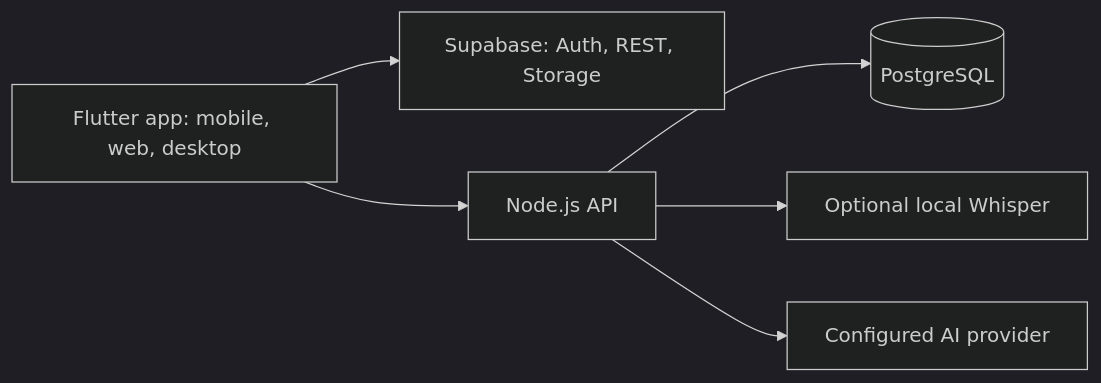
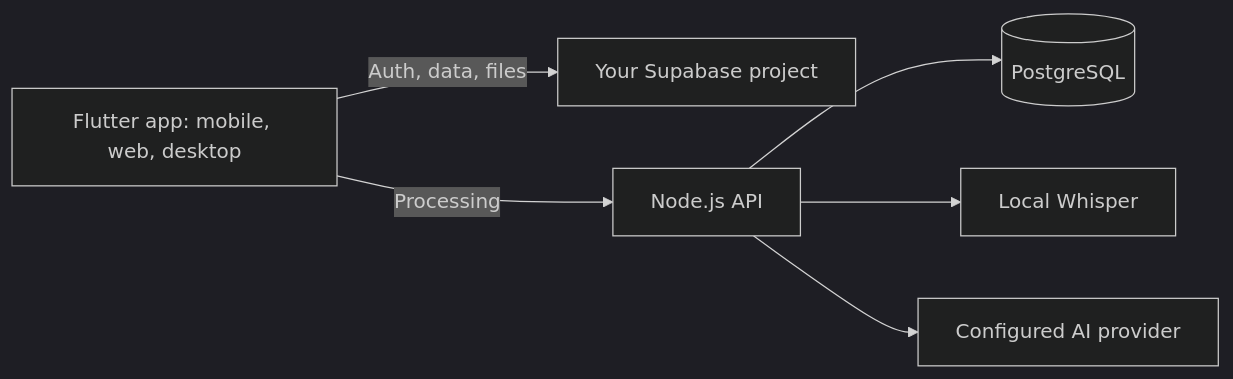
Before and after one commit to ToshioDev/lumenote-app: the diagram in README.en.md, drawn with Mermaid (dark theme). The commit also changed other lines of this file and 29 other files, not shown here.

````diff
--- a/README.en.md
+++ b/README.en.md
@@ -92,8 +58,8 @@
 ```mermaid
 flowchart LR
-    U[Flutter app: mobile, web, desktop] --> S[Supabase: Auth, REST, Storage]
-    U --> A[Node.js API]
+    C[Flutter app: mobile, web, desktop] -->|Auth, data, files| S[Your Supabase project]
+    C -->|Processing| A[Node.js API]
     A --> D[(PostgreSQL)]
-    A --> W[Optional local Whisper]
+    A --> W[Local Whisper]
     A --> M[Configured AI provider]
 ```
````
